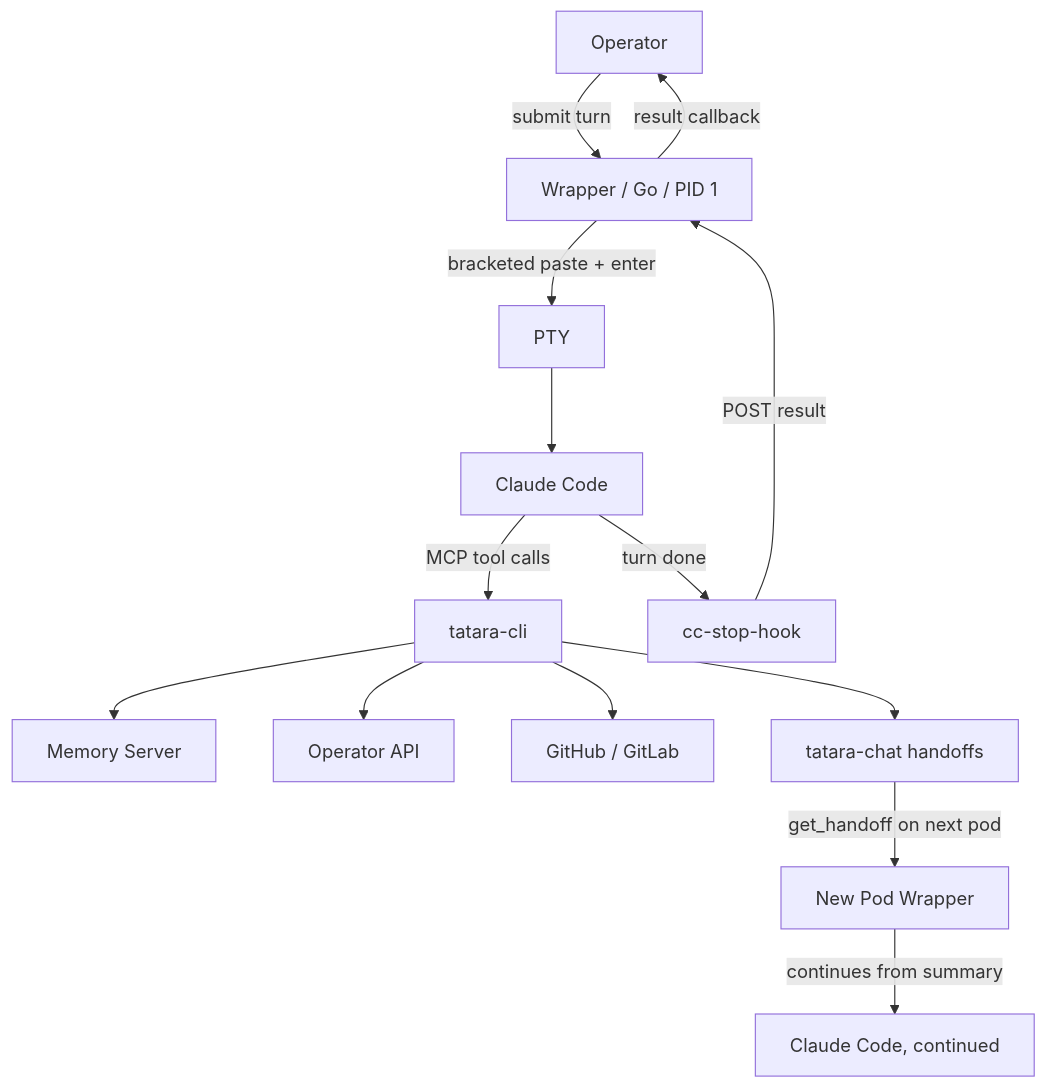
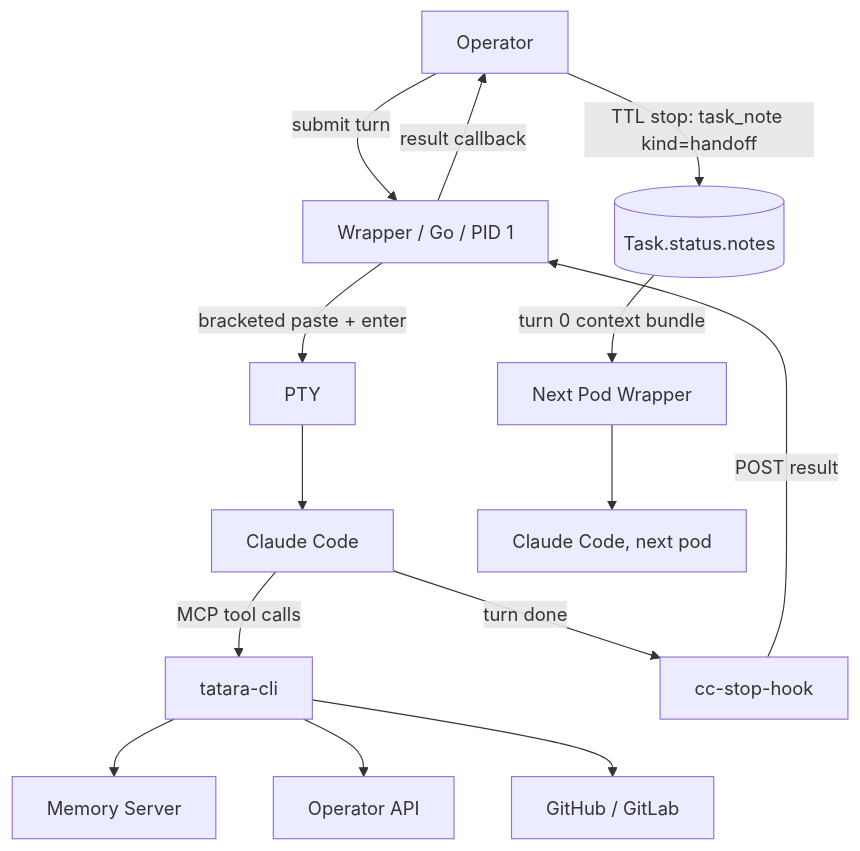
One commit to szymonrychu/tatara-documentation changed the third of 3 diagrams in docs/explainers/agent-sessions.md. Above: the diagram before and after it, drawn with Mermaid. The commit also changed other lines of this file and 63 other files, not shown here.

First line of the commit message:
feat!: document the task-centric architecture (Issue/MergeRequest CRs, stage machine, operator merge) (#19)

````diff
--- a/docs/explainers/agent-sessions.md
+++ b/docs/explainers/agent-sessions.md
@@ -204,16 +238,16 @@
 ```mermaid
 graph TD
     OP[Operator] -->|submit turn| WR[Wrapper / Go / PID 1]
     WR -->|bracketed paste + enter| PTY[PTY]
     PTY --> CL[Claude Code]
     CL -->|MCP tool calls| CLI[tatara-cli]
     CLI --> MEM[Memory Server]
     CLI --> OPAPI[Operator API]
     CLI --> SCM[GitHub / GitLab]
-    CLI --> CHAT[tatara-chat handoffs]
     CL -->|turn done| HOOK[cc-stop-hook]
     HOOK -->|POST result| WR
     WR -->|result callback| OP
-    CHAT -->|get_handoff on next pod| WR2[New Pod Wrapper]
-    WR2 -->|continues from summary| CL2[Claude Code, continued]
+    OP -->|TTL stop: task_note kind=handoff| TASK[(Task.status.notes)]
+    TASK -->|turn 0 context bundle| WR2[Next Pod Wrapper]
+    WR2 --> CL2[Claude Code, next pod]
 ```
````
